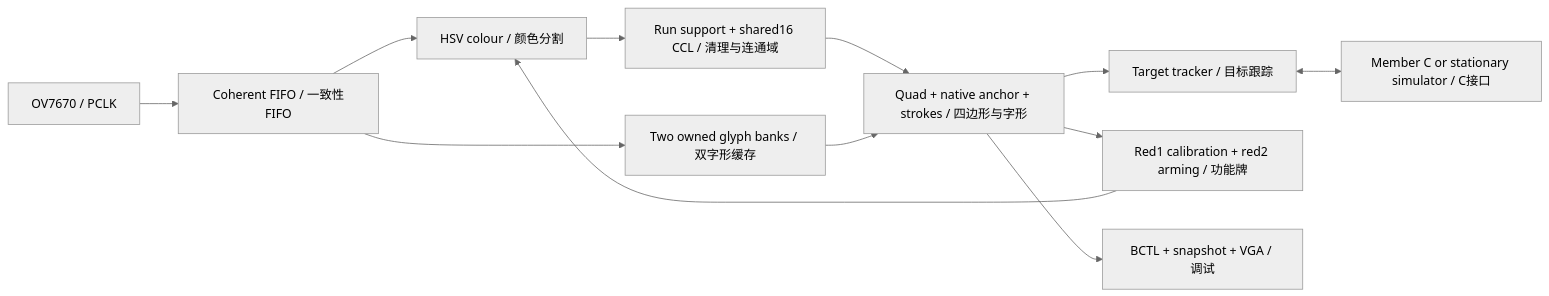
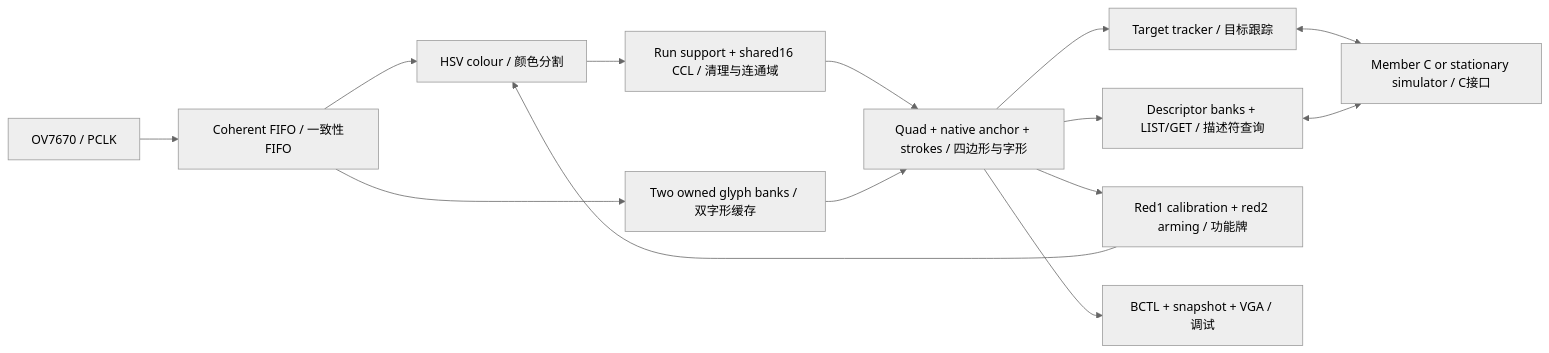
One commit to ErrorChen/MTRX3700_MajorProject changed the diagram in README.md. Above: the diagram before and after it, drawn with Mermaid (neutral theme). The commit also changed other lines of this file and 85 other files, not shown here.

````diff
--- a/README.md
+++ b/README.md
@@ -90,14 +90,16 @@
 ```mermaid
 flowchart LR
     CAM[OV7670 / PCLK] --> FIFO[Coherent FIFO / 一致性FIFO]
     FIFO --> HSV[HSV colour / 颜色分割]
     HSV --> CCL[Run support + shared16 CCL / 清理与连通域]
     FIFO --> BANK[Two owned glyph banks / 双字形缓存]
     CCL --> READ[Quad + native anchor + strokes / 四边形与字形]
     BANK --> READ
     READ --> TRACK[Target tracker / 目标跟踪]
+    READ --> QUERY[Descriptor banks + LIST/GET / 描述符查询]
     READ --> CAL[Red1 calibration + red2 arming / 功能牌]
     CAL --> HSV
     TRACK <--> C[Member C or stationary simulator / C接口]
+    QUERY <--> C
     READ --> DBG[BCTL + snapshot + VGA / 调试]
 ```
````
